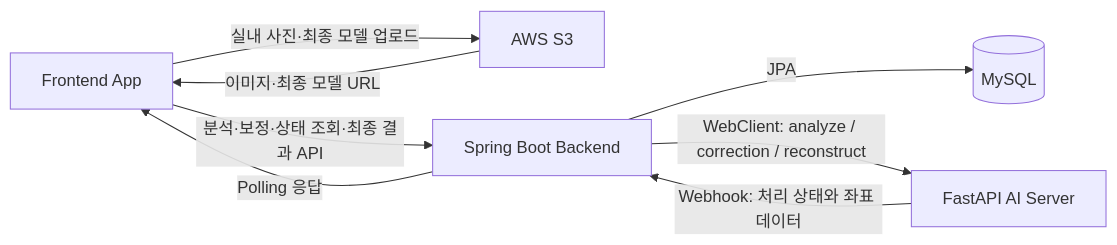
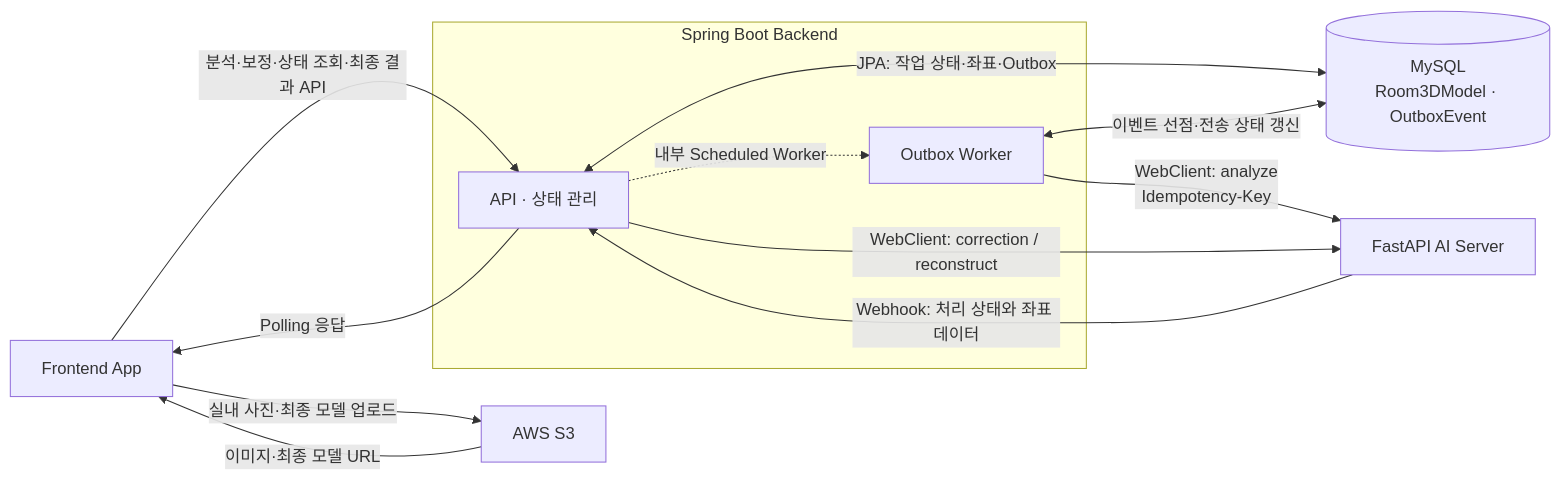
One commit to wjs4379/3d-reconstruction-backend-portfolio changed the first of 3 diagrams in README.md. Above: the diagram before and after it, drawn with Mermaid. The commit also changed other lines of this file and 41 other files, not shown here.

````diff
--- a/README.md
+++ b/README.md
@@ -33,16 +31,22 @@
 ```mermaid
 flowchart LR
     FE["Frontend App"]
     S3["AWS S3"]
-    BE["Spring Boot Backend"]
-    DB[("MySQL")]
+    subgraph APP["Spring Boot Backend"]
+        BE["API · 상태 관리"]
+        WORKER["Outbox Worker"]
+    end
+    DB[("MySQL<br/>Room3DModel · OutboxEvent")]
     AI["FastAPI AI Server"]
 
     FE -->|"실내 사진·최종 모델 업로드"| S3
     S3 -->|"이미지·최종 모델 URL"| FE
     FE -->|"분석·보정·상태 조회·최종 결과 API"| BE
-    BE -->|"JPA"| DB
-    BE -->|"WebClient: analyze / correction / reconstruct"| AI
+    BE <-->|"JPA: 작업 상태·좌표·Outbox"| DB
+    BE -.->|"내부 Scheduled Worker"| WORKER
+    WORKER <-->|"이벤트 선점·전송 상태 갱신"| DB
+    WORKER -->|"WebClient: analyze<br/>Idempotency-Key"| AI
+    BE -->|"WebClient: correction / reconstruct"| AI
     AI -->|"Webhook: 처리 상태와 좌표 데이터"| BE
     BE -->|"Polling 응답"| FE
 ```
````
